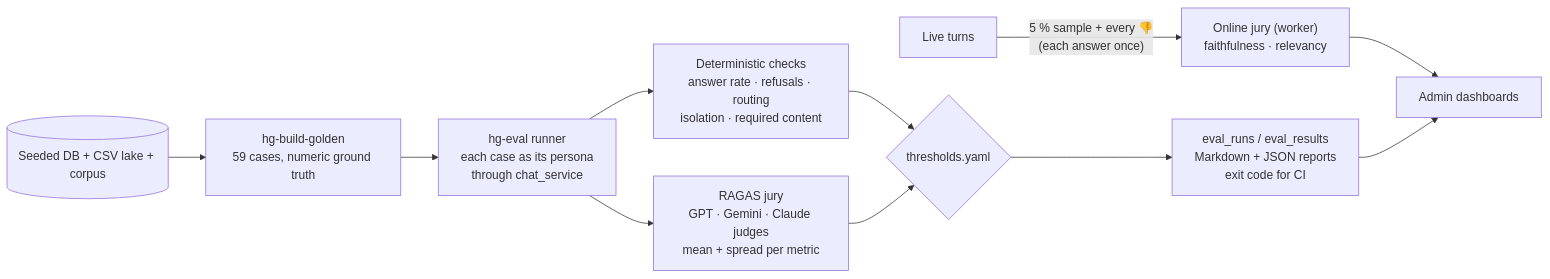
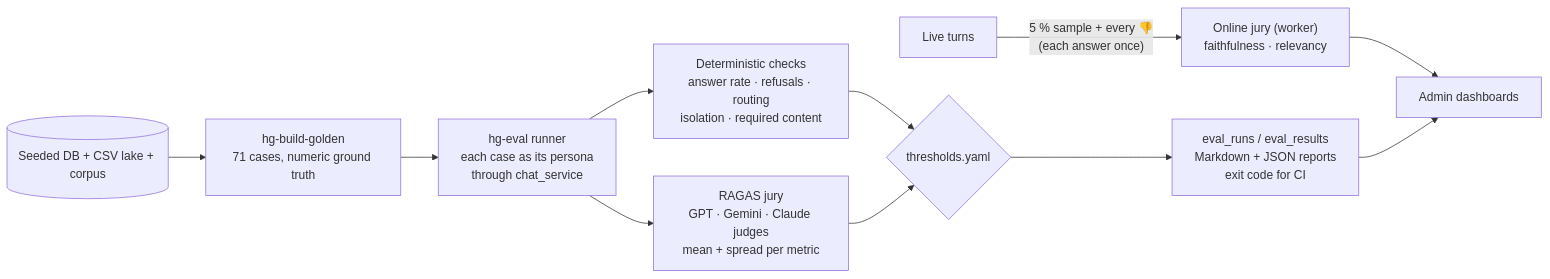
The sixth of 7 diagrams in docs/architecture.md (syamsruthin/healthguard-agent), drawn with Mermaid before and after one commit. The commit also changed 6 other files, not shown here.

First line of the commit message:
evals: add multi-intent, dependent-hop and follow-up golden cases

````diff
--- a/docs/architecture.md
+++ b/docs/architecture.md
@@ -175,12 +175,12 @@
 ```mermaid
 flowchart LR
-    DB[(Seeded DB + CSV lake + corpus)] --> B["hg-build-golden<br/>59 cases, numeric ground truth"]
+    DB[(Seeded DB + CSV lake + corpus)] --> B["hg-build-golden<br/>71 cases, numeric ground truth"]
     B --> R["hg-eval runner<br/>each case as its persona<br/>through chat_service"]
     R --> C["Deterministic checks<br/>answer rate · refusals · routing<br/>isolation · required content"]
     R --> J["RAGAS jury<br/>GPT · Gemini · Claude judges<br/>mean + spread per metric"]
     C --> GATE{thresholds.yaml}
     J --> GATE
     GATE --> REP["eval_runs / eval_results<br/>Markdown + JSON reports<br/>exit code for CI"]
     LIVE["Live turns"] -- "5 % sample + every 👎<br/>(each answer once)" --> OE["Online jury (worker)<br/>faithfulness · relevancy"] --> DASH[Admin dashboards]
     REP --> DASH
 ```
````
